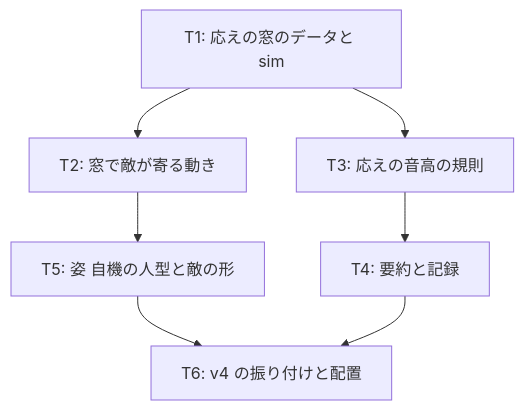
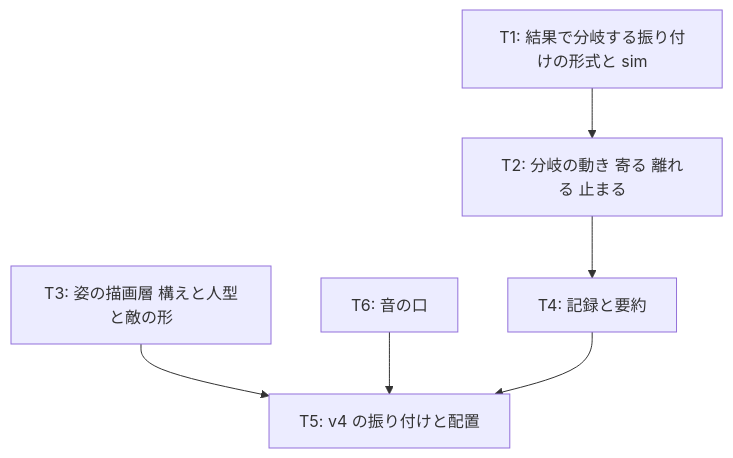
The diagram in docs/plan/v4-phase1.md (pokadokan-boop/music_action_lab), drawn with Mermaid before and after one commit. The commit also changed other lines of this file and 3 other files, not shown here.

````diff
--- a/docs/plan/v4-phase1.md
+++ b/docs/plan/v4-phase1.md
@@ -47,9 +48,8 @@
 ```mermaid
 graph TD
-    T1[T1: 応えの窓のデータと sim] --> T2[T2: 窓で敵が寄る動き]
-    T1 --> T3[T3: 応えの音高の規則]
-    T2 --> T5[T5: 姿 自機の人型と敵の形]
-    T3 --> T4[T4: 要約と記録]
-    T5 --> T6[T6: v4 の振り付けと配置]
-    T4 --> T6
+    T1[T1: 結果で分岐する振り付けの形式と sim] --> T2[T2: 分岐の動き 寄る 離れる 止まる]
+    T2 --> T4[T4: 記録と要約]
+    T3[T3: 姿の描画層 構えと人型と敵の形] --> T5[T5: v4 の振り付けと配置]
+    T6[T6: 音の口] --> T5
+    T4 --> T5
 ```
````
